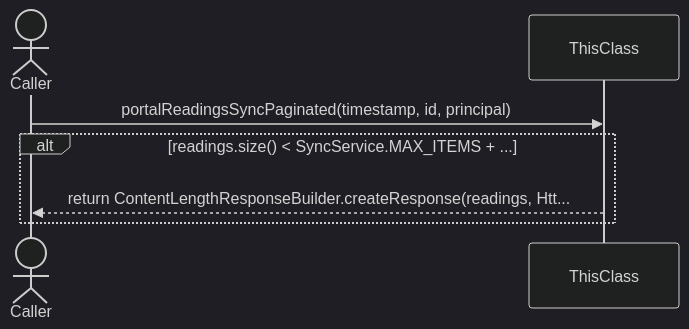
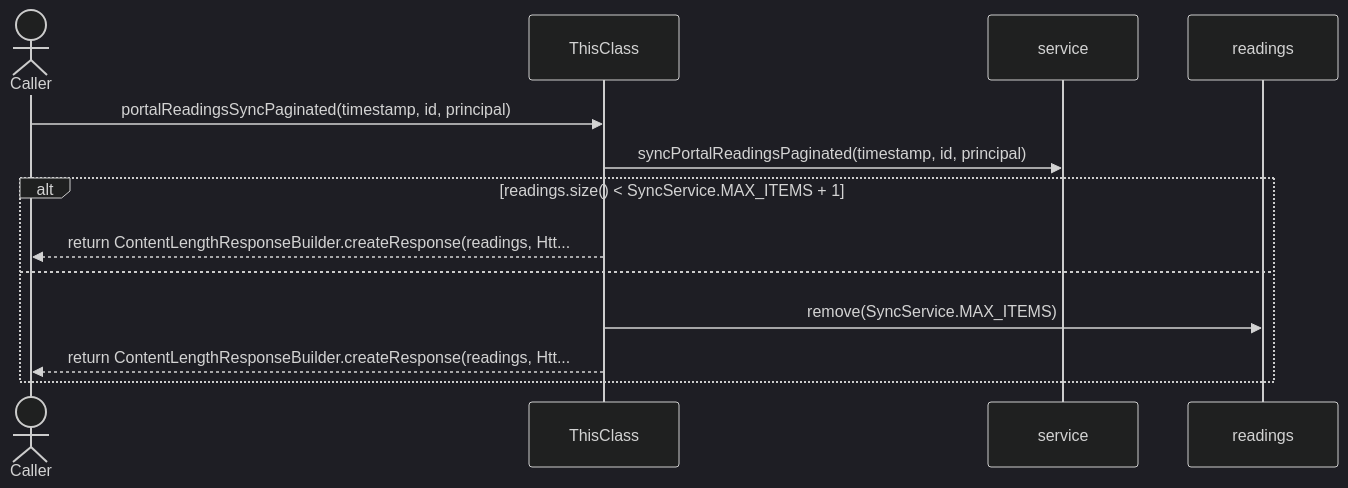
The fourth of 6 diagrams in docs/BoatSyncController.md (FelipeMCassiano/geanky), drawn with Mermaid (dark theme) before and after one commit. The commit also changed other lines of this file and 18 other files, not shown here.

````diff
--- a/docs/BoatSyncController.md
+++ b/docs/BoatSyncController.md
@@ -210,11 +185,17 @@
 ```mermaid
 sequenceDiagram
     actor Caller
     participant ThisClass
 
     Caller->>ThisClass: portalReadingsSyncPaginated(timestamp, id, principal)
-    alt readings.size() < SyncService.MAX_ITEMS + ...
+    participant service
+    ThisClass->>service: syncPortalReadingsPaginated(timestamp, id, principal)
+    alt readings.size() < SyncService.MAX_ITEMS + 1
+    ThisClass-->>Caller: return ContentLengthResponseBuilder.createResponse(readings, Htt...
+    else
+    participant readings
+    ThisClass->>readings: remove(SyncService.MAX_ITEMS)
     ThisClass-->>Caller: return ContentLengthResponseBuilder.createResponse(readings, Htt...
     end
 
 ```
````
